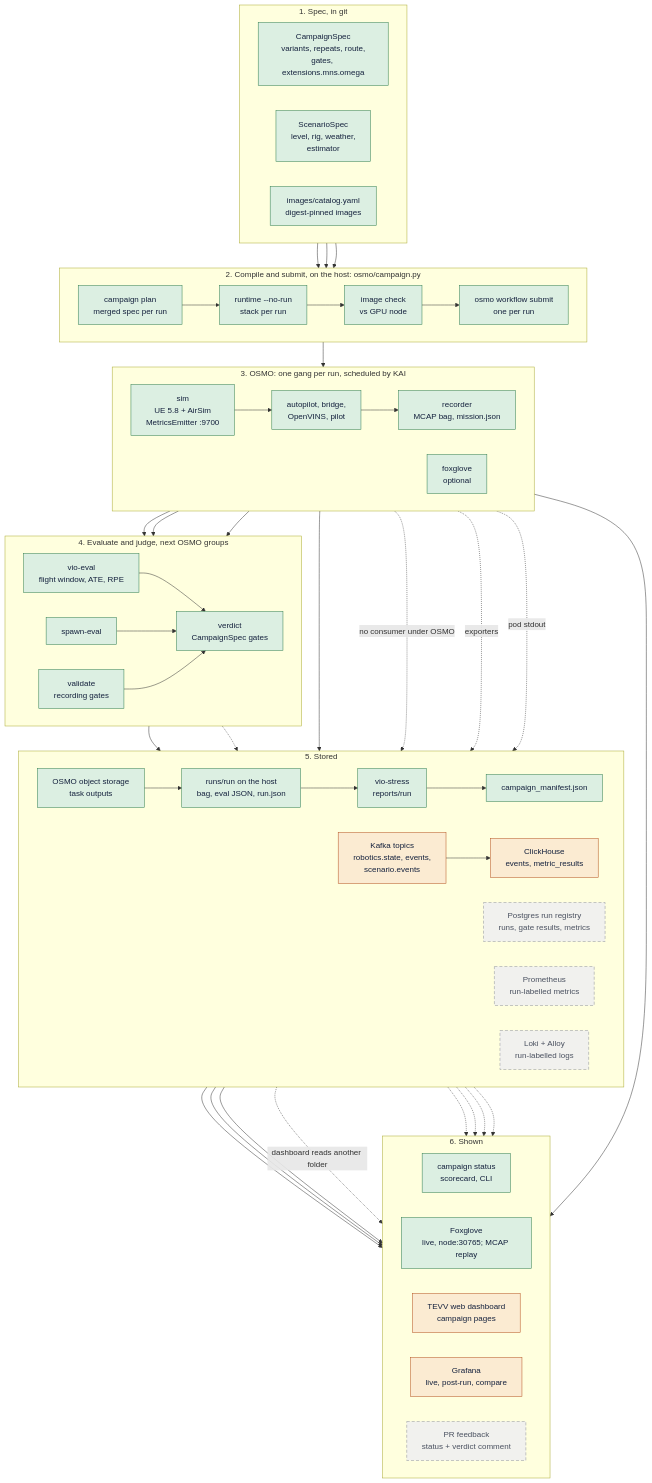
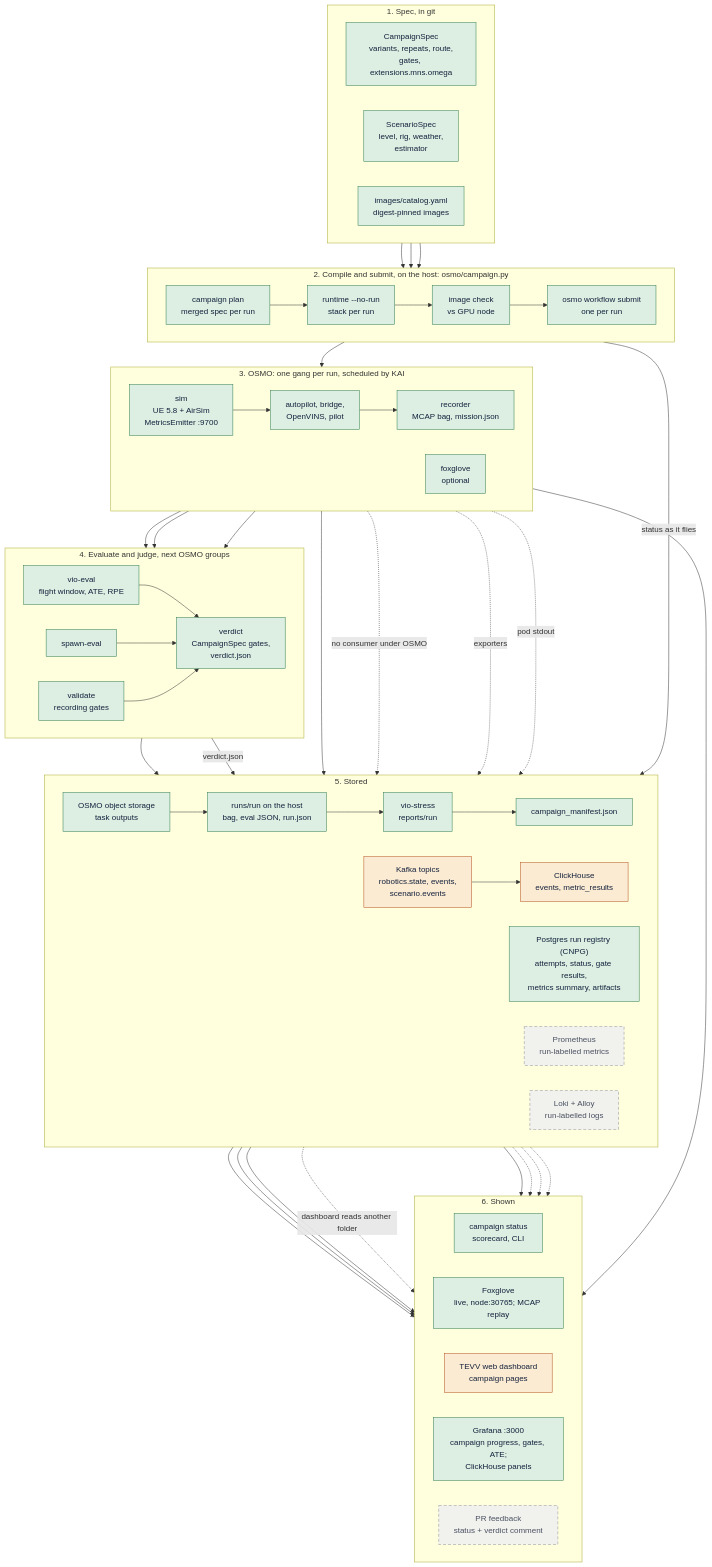
One commit to DinoHub/M-S-Simulation-Runtime-Stack changed the diagram in docs/diagrams/campaign-to-metrics.mermaid. Above: the diagram before and after it, drawn with Mermaid. The commit also changed 12 other files, not shown here.

```diff
--- a/docs/diagrams/campaign-to-metrics.mermaid
+++ b/docs/diagrams/campaign-to-metrics.mermaid
@@ -1,98 +1,99 @@
 %% TEVV: from a CampaignSpec, through OSMO, to evaluation, to metrics stored and shown.
-%% State as of 25 Sept 2026. Three states, by style:
+%% State as of 25 Sept 2026 (run registry built). Three states, by style:
 %%   built       green, solid  - runs today in the OSMO flow (PR #91)
 %%   exists      amber, solid  - built and running elsewhere, not connected to OSMO runs
 %%   target      grey, dashed  - designed (autonomy-tevv-architecture), not built
 %% Render: npx -y @mermaid-js/mermaid-cli -i campaign-to-metrics.mermaid -o campaign-to-metrics.png -w 2400 -b white
 %%   (add -p with {"args":["--no-sandbox"]} if Chromium reports no usable sandbox)
 flowchart TB
   subgraph SPEC["1. Spec, in git"]
     direction LR
     CS["CampaignSpec<br/>variants, repeats, route,<br/>gates, extensions.mns.omega"]
     SS["ScenarioSpec<br/>level, rig, weather,<br/>estimator"]
     CAT["images/catalog.yaml<br/>digest-pinned images"]
   end
 
   subgraph COMPILE["2. Compile and submit, on the host: osmo/campaign.py"]
     direction LR
     PLAN["campaign plan<br/>merged spec per run"]
     GEN["runtime --no-run<br/>stack per run"]
     IMG["image check<br/>vs GPU node"]
     SUB["osmo workflow submit<br/>one per run"]
     PLAN --> GEN --> IMG --> SUB
   end
 
   subgraph RUNG["3. OSMO: one gang per run, scheduled by KAI"]
     direction LR
     SIM["sim<br/>UE 5.8 + AirSim<br/>MetricsEmitter :9700"]
     STACK["autopilot, bridge,<br/>OpenVINS, pilot"]
     REC["recorder<br/>MCAP bag, mission.json"]
     FOXT["foxglove<br/>optional"]
     SIM --> STACK --> REC
   end
 
   subgraph EVALG["4. Evaluate and judge, next OSMO groups"]
     direction LR
     VE["vio-eval<br/>flight window, ATE, RPE"]
     SE["spawn-eval"]
     VA["validate<br/>recording gates"]
-    VD["verdict<br/>CampaignSpec gates"]
+    VD["verdict<br/>CampaignSpec gates,<br/>verdict.json"]
     VE --> VD
     SE --> VD
     VA --> VD
   end
 
   subgraph STORE["5. Stored"]
     direction LR
     S3["OSMO object storage<br/>task outputs"]
     BUN["runs/run on the host<br/>bag, eval JSON, run.json"]
     REP["vio-stress<br/>reports/run"]
     MAN["campaign_manifest.json"]
     KAF["Kafka topics<br/>robotics.state, events,<br/>scenario.events"]
     CH["ClickHouse<br/>events, metric_results"]
-    REG["Postgres run registry<br/>runs, gate results, metrics"]
+    REG["Postgres run registry (CNPG)<br/>attempts, status, gate results,<br/>metrics summary, artifacts"]
     PROM["Prometheus<br/>run-labelled metrics"]
     LOKI["Loki + Alloy<br/>run-labelled logs"]
     S3 --> BUN --> REP --> MAN
     KAF --> CH
   end
 
   subgraph SHOW["6. Shown"]
     direction LR
     STAT["campaign status<br/>scorecard, CLI"]
     FOXV["Foxglove<br/>live, node:30765; MCAP replay"]
     DASH["TEVV web dashboard<br/>campaign pages"]
-    GRAF["Grafana<br/>live, post-run, compare"]
+    GRAF["Grafana :3000<br/>campaign progress, gates, ATE;<br/>ClickHouse panels"]
     PRF["PR feedback<br/>status + verdict comment"]
   end
 
   CS --> PLAN
   SS --> PLAN
   CAT --> IMG
   SUB --> SIM
   REC --> VE
   REC --> SE
   REC --> VA
   REC --> S3
   VD --> S3
   MAN --> STAT
   FOXT --> FOXV
 
   SIM -.->|"no consumer under OSMO"| KAF
   CH --> GRAF
   CH --> DASH
   MAN -.->|"dashboard reads another folder"| DASH
-  VD -.-> REG
-  REG -.-> GRAF
+  SUB -->|"status as it flies"| REG
+  VD -->|"verdict.json"| REG
+  REG --> GRAF
   REG -.-> PRF
   STACK -.->|exporters| PROM
   PROM -.-> GRAF
   RUNG -.->|"pod stdout"| LOKI
   LOKI -.-> GRAF
 
   classDef built fill:#DCEFE2,stroke:#2E7D4F,color:#14213D
   classDef exists fill:#FBEBD2,stroke:#B4501E,color:#14213D
   classDef target fill:#F1F1EE,stroke:#8A8F99,color:#4A5160,stroke-dasharray:6 4
-  class CS,SS,CAT,PLAN,GEN,IMG,SUB,SIM,STACK,REC,FOXT,VE,SE,VA,VD,S3,BUN,REP,MAN,STAT,FOXV built
-  class KAF,CH,DASH,GRAF exists
-  class REG,PROM,LOKI,PRF target
+  class CS,SS,CAT,PLAN,GEN,IMG,SUB,SIM,STACK,REC,FOXT,VE,SE,VA,VD,S3,BUN,REP,MAN,STAT,FOXV,REG,GRAF built
+  class KAF,CH,DASH exists
+  class PROM,LOKI,PRF target
```
